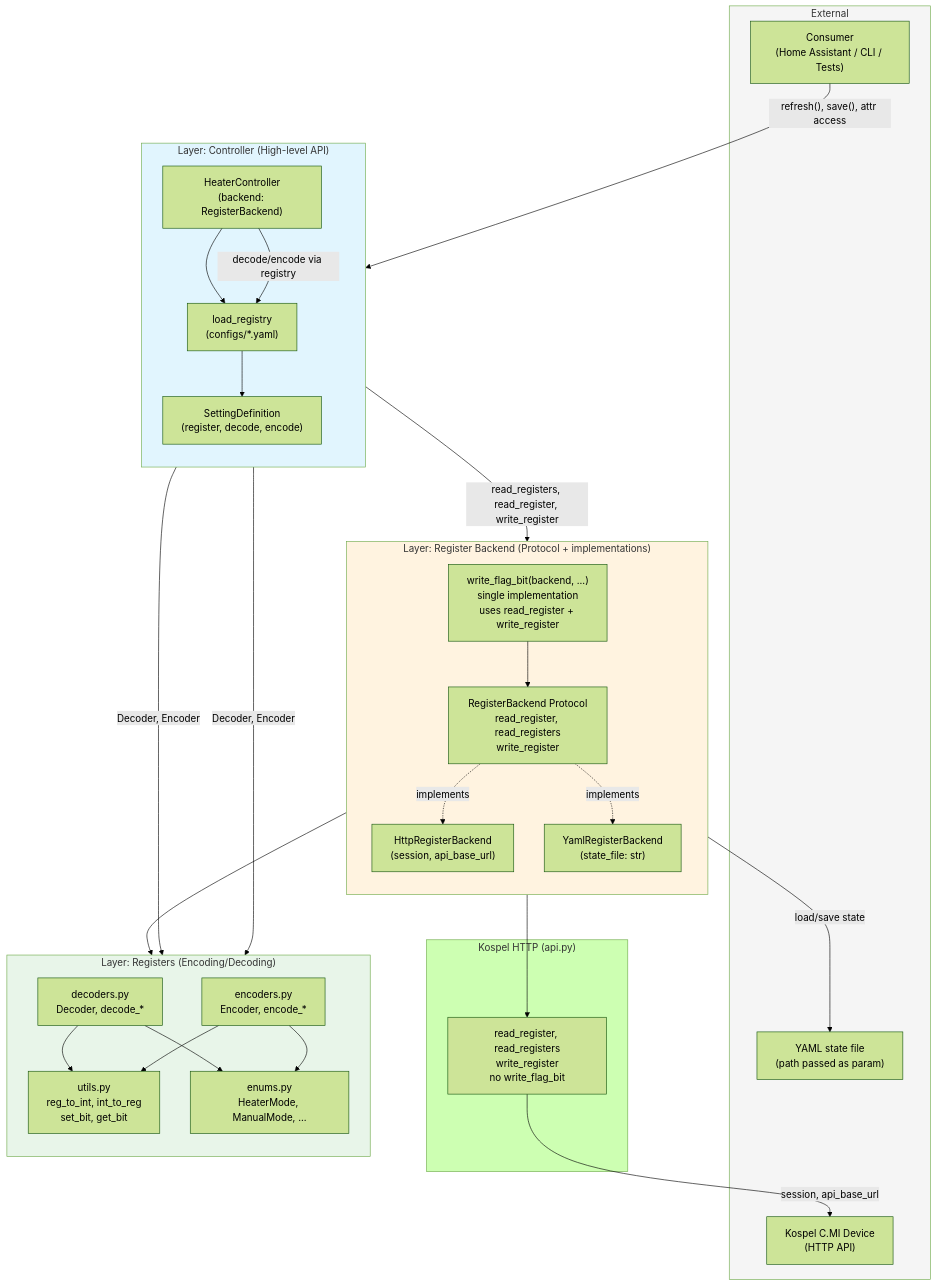
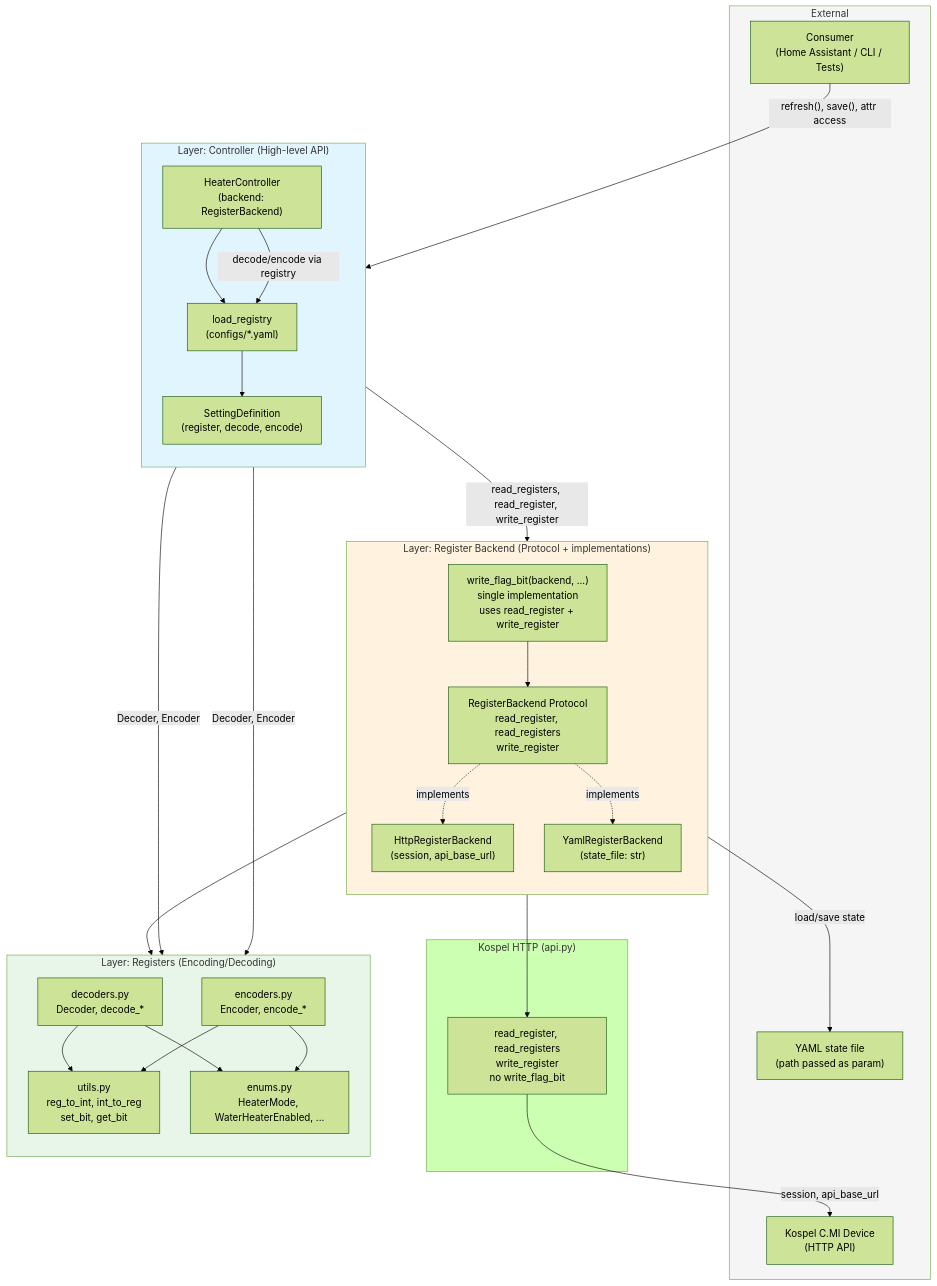
The first of 2 diagrams in docs/architecture.md (JanKrl/kospel-cmi-lib), drawn with Mermaid (forest theme) before and after one commit. The commit also changed 14 other files, not shown here.

````diff
--- a/docs/architecture.md
+++ b/docs/architecture.md
@@ -11,59 +11,59 @@
 ```mermaid
 flowchart TB
     subgraph External["External"]
         Consumer["Consumer\n(Home Assistant / CLI / Tests)"]
         Device["Kospel C.MI Device\n(HTTP API)"]
         YamlFile["YAML state file\n(path passed as param)"]
     end
 
     subgraph Controller["Layer: Controller (High-level API)"]
         direction TB
         HC["HeaterController\n(backend: RegisterBackend)"]
         Reg["load_registry\n(configs/*.yaml)"]
         SD["SettingDefinition\n(register, decode, encode)"]
         HC --> Reg
         Reg --> SD
     end
 
     subgraph BackendLayer["Layer: Register Backend (Protocol + implementations)"]
         direction TB
         Protocol["RegisterBackend Protocol\nread_register, read_registers\nwrite_register"]
         HttpBackend["HttpRegisterBackend\n(session, api_base_url)"]
         YamlBackend["YamlRegisterBackend\n(state_file: str)"]
         WriteFlagBit["write_flag_bit(backend, ...)\nsingle implementation\nuses read_register + write_register"]
         Protocol -.->|implements| HttpBackend
         Protocol -.->|implements| YamlBackend
         WriteFlagBit --> Protocol
     end
 
     subgraph KospelHTTP["Kospel HTTP (api.py)"]
         API["read_register, read_registers\nwrite_register\nno write_flag_bit"]
     end
 
     subgraph Registers["Layer: Registers (Encoding/Decoding)"]
         direction TB
         Dec["decoders.py\nDecoder, decode_*"]
         Enc["encoders.py\nEncoder, encode_*"]
         Utils["utils.py\nreg_to_int, int_to_reg\nset_bit, get_bit"]
-        Enums["enums.py\nHeaterMode, ManualMode, ..."]
+        Enums["enums.py\nHeaterMode, WaterHeaterEnabled, ..."]
         Dec --> Utils
         Dec --> Enums
         Enc --> Utils
         Enc --> Enums
     end
 
     Consumer -->|"refresh(), save(), attr access"| HC
     HC -->|"decode/encode via registry"| Reg
     SD -->|"Decoder, Encoder"| Dec
     SD -->|"Decoder, Encoder"| Enc
     HC -->|"read_registers, read_register, write_register"| Protocol
     HttpBackend --> API
     API -->|"session, api_base_url"| Device
     YamlBackend -->|"load/save state"| YamlFile
     WriteFlagBit --> Utils
 
     style Controller fill:#e1f5fe
     style BackendLayer fill:#fff3e0
     style Registers fill:#e8f5e9
     style External fill:#f5f5f5
 ```
````
